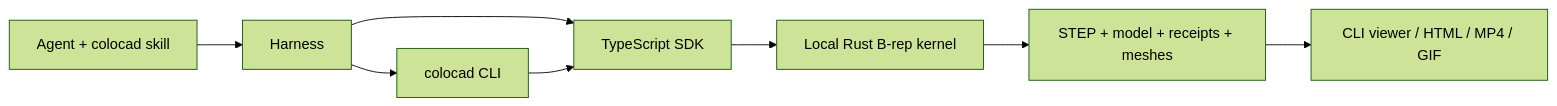
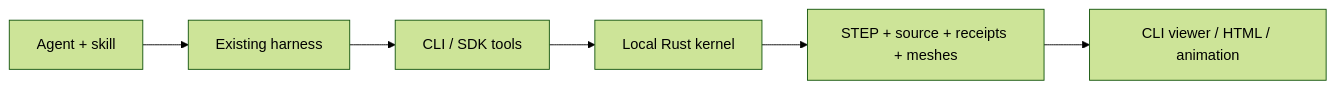
One commit to Coloopx/colocad changed the diagram in README.md. Above: the diagram before and after it, drawn with Mermaid (forest theme). The commit also changed other lines of this file and 16 other files, not shown here.

````diff
--- a/README.md
+++ b/README.md
@@ -17,10 +21,8 @@
 ```mermaid
 flowchart LR
-  A[Agent + colocad skill] --> H[Harness]
-  H --> C[colocad CLI]
-  H --> S[TypeScript SDK]
-  C --> S
-  S --> K[Local Rust B-rep kernel]
-  K --> F[STEP + model + receipts + meshes]
-  F --> V[CLI viewer / HTML / MP4 / GIF]
+  A[Agent + skill] --> H[Existing harness]
+  H --> C[CLI / SDK tools]
+  C --> K[Local Rust kernel]
+  K --> F[STEP + source + receipts + meshes]
+  F --> V[CLI viewer / HTML / animation]
 ```
````
